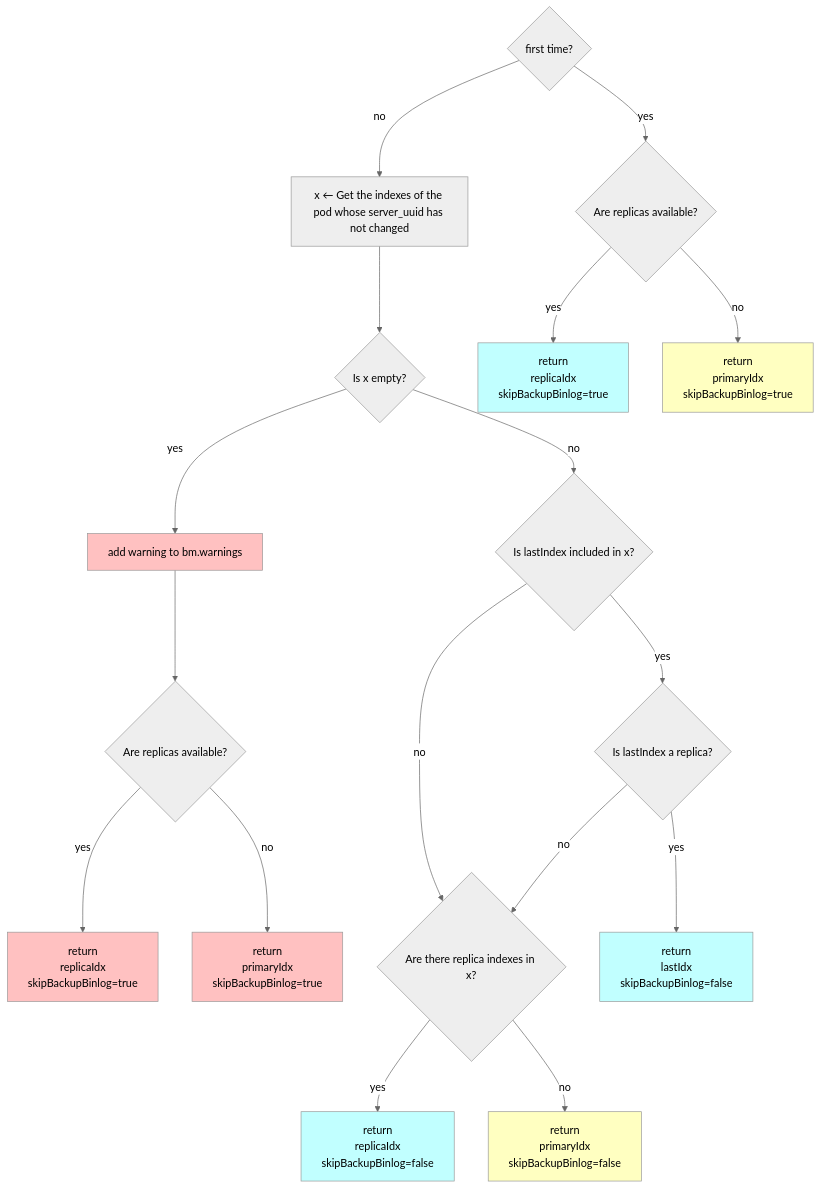
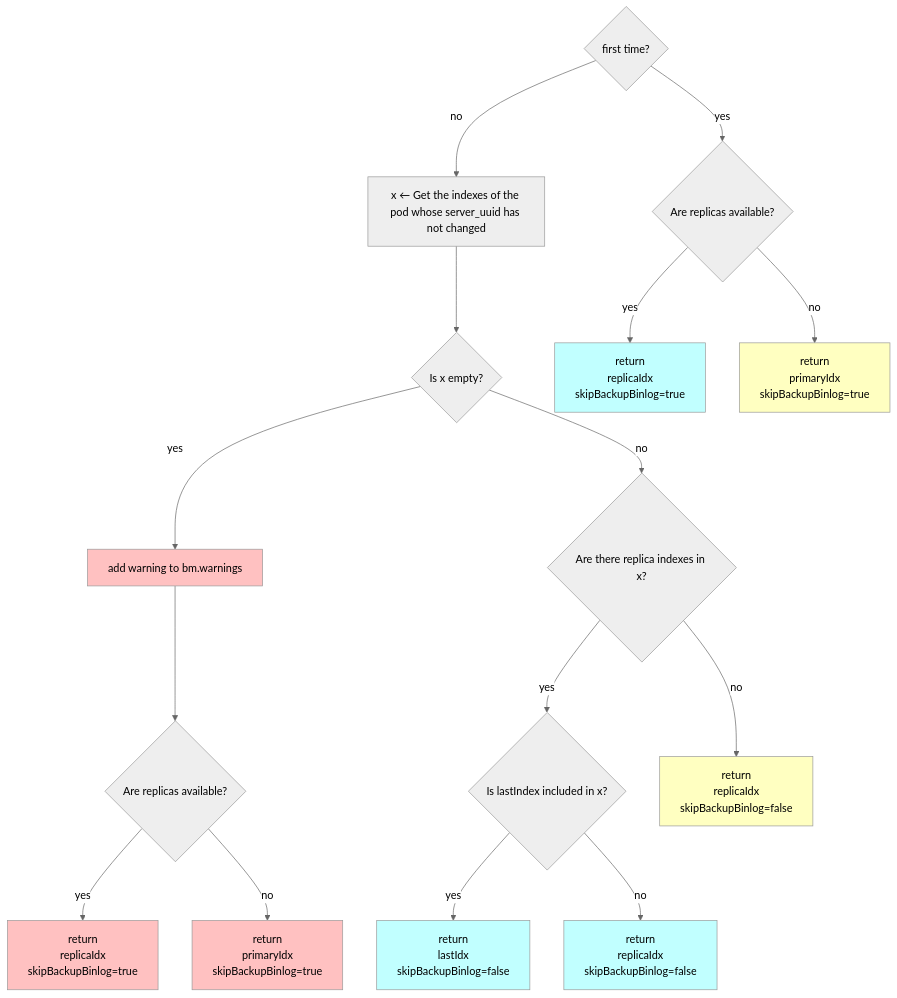
One commit to cybozu-go/moco changed the diagram in docs/backup.md. Above: the diagram before and after it, drawn with Mermaid (neutral theme).

Commit message:
update flowchart

````diff
--- a/docs/backup.md
+++ b/docs/backup.md
@@ -153,38 +153,34 @@
 ```mermaid
 flowchart TD
 A{"first time?"}
 A -->|"yes"| B
 A -->|"no"| C["x ← Get the indexes of the pod whose server_uuid has not changed"] --> D
 
 B{Are replicas available?}
 B -->|"yes"| B1["return\nreplicaIdx\nskipBackupBinlog=true"]
 style B1 fill:#c1ffff
 B -->|"no"| B2["return\nprimaryIdx\nskipBackupBinlog=true"]
 style B2 fill:#ffffc1
 
 D{"Is x empty?"}
 D -->|"yes"| E["add warning to bm.warnings"] --> F
 style E fill:#ffc1c1
 D -->|"no"| G
 
 F{"Are replicas available?"}
 F -->|"yes"| F1["return\nreplicaIdx\nskipBackupBinlog=true"]
 style F1 fill:#ffc1c1
 F -->|"no"| F2["return\nprimaryIdx\nskipBackupBinlog=true"]
 style F2 fill:#ffc1c1
 
-G{"Is lastIndex included in x?"}
+G{"Are there replica indexes in x?"}
 G -->|"yes"| H
-G -->|"no"| I
+G -->|"no"| G1["return\nreplicaIdx\nskipBackupBinlog=false"]
+style G1 fill:#ffffc1
 
-H{"Is lastIndex a replica?"}
-H --> |"yes"| H1["return\nlastIdx\nskipBackupBinlog=false"]
+H{"Is lastIndex included in x?"}
+H -->|"yes"| H1["return\nlastIdx\nskipBackupBinlog=false"]
 style H1 fill:#c1ffff
-H --> |"no"| I
-
-I{"Are there replica indexes in x?"}
-I --> |"yes"| I1["return\nreplicaIdx\nskipBackupBinlog=false"]
-style I1 fill:#c1ffff
-I --> |"no"| I2["return\nprimaryIdx\nskipBackupBinlog=false"]
-style I2 fill:#ffffc1
+H -->|"no"| H2["return\nreplicaIdx\nskipBackupBinlog=false"]
+style H2 fill:#c1ffff
 ```
````
